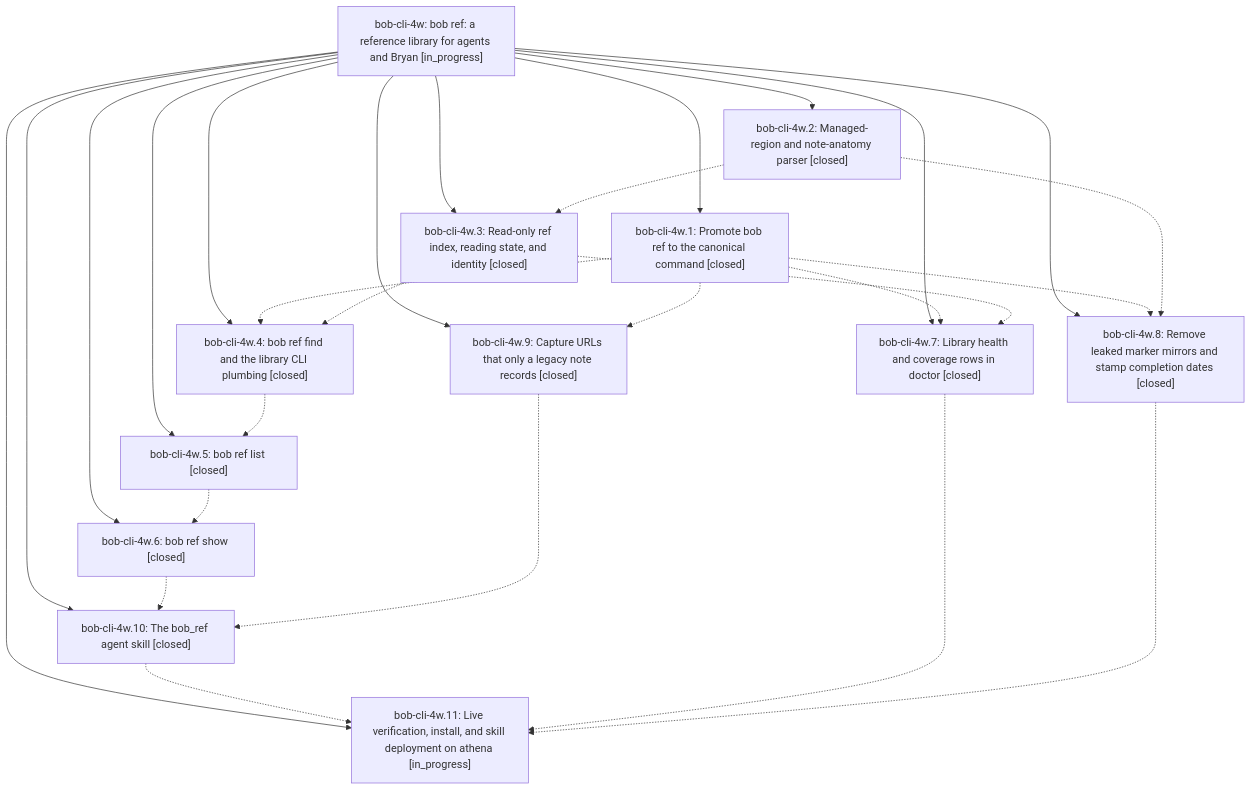
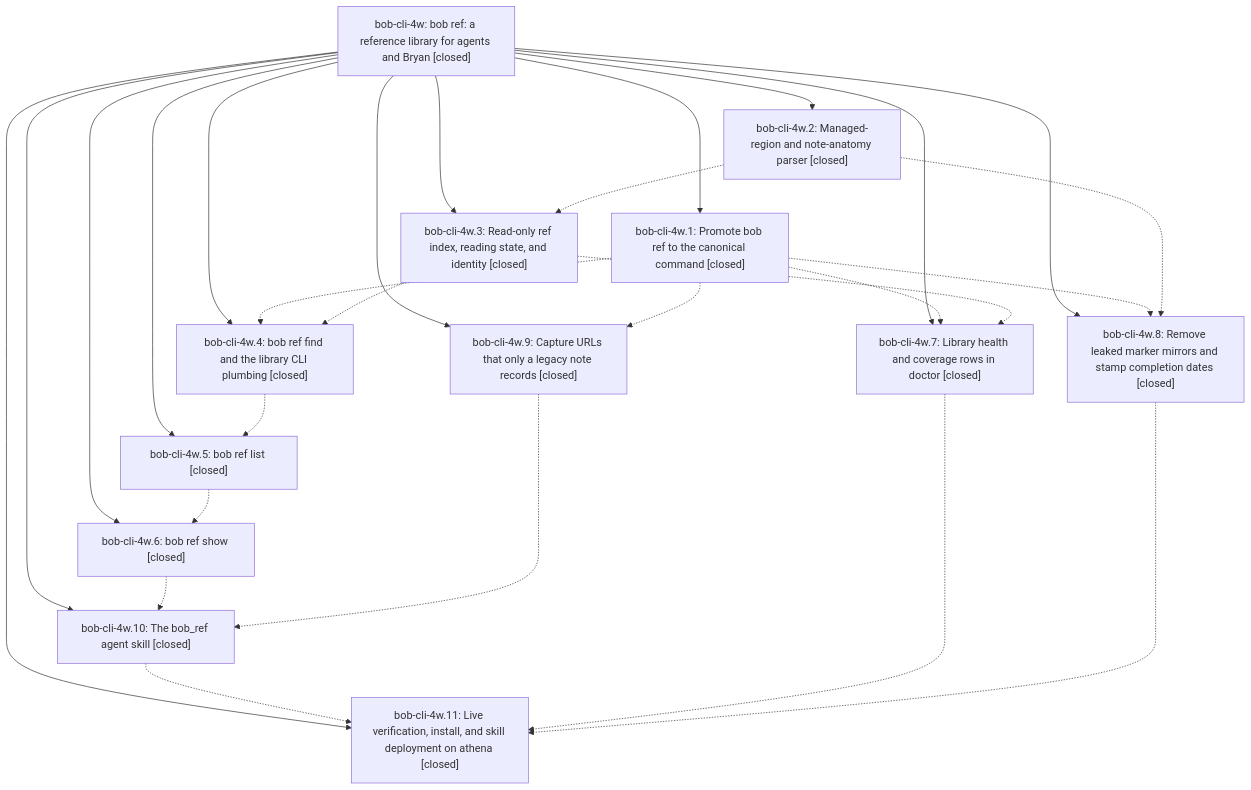
Before and after one commit to bobs-org/bob-cli--beads: the diagram in pages/bob-cli-4w/README.md, drawn with Mermaid. The commit also changed other lines of this file and 4 other files, not shown here.

First line of the commit message:
chore(beads): sync bead state and pages for bob-cli-4w

````diff
--- a/pages/bob-cli-4w/README.md
+++ b/pages/bob-cli-4w/README.md
@@ -32,41 +38,41 @@
 ```mermaid
 flowchart TD
-    n0["bob-cli-4w: bob ref: a reference library for agents and Bryan [in_progress]"]
+    n0["bob-cli-4w: bob ref: a reference library for agents and Bryan [closed]"]
     n1["bob-cli-4w.1: Promote bob ref to the canonical command [closed]"]
     n2["bob-cli-4w.10: The bob_ref agent skill [closed]"]
-    n3["bob-cli-4w.11: Live verification, install, and skill deployment on athena [in_progress]"]
+    n3["bob-cli-4w.11: Live verification, install, and skill deployment on athena [closed]"]
     n4["bob-cli-4w.2: Managed-region and note-anatomy parser [closed]"]
     n5["bob-cli-4w.3: Read-only ref index, reading state, and identity [closed]"]
     n6["bob-cli-4w.4: bob ref find and the library CLI plumbing [closed]"]
     n7["bob-cli-4w.5: bob ref list [closed]"]
     n8["bob-cli-4w.6: bob ref show [closed]"]
     n9["bob-cli-4w.7: Library health and coverage rows in doctor [closed]"]
     n10["bob-cli-4w.8: Remove leaked marker mirrors and stamp completion dates [closed]"]
     n11["bob-cli-4w.9: Capture URLs that only a legacy note records [closed]"]
     n0 --> n1
     n0 --> n2
     n0 --> n3
     n0 --> n4
     n0 --> n5
     n0 --> n6
     n0 --> n7
     n0 --> n8
     n0 --> n9
     n0 --> n10
     n0 --> n11
     n1 -.-> n6
     n1 -.-> n9
     n1 -.-> n10
     n1 -.-> n11
     n2 -.-> n3
     n4 -.-> n5
     n4 -.-> n10
     n5 -.-> n6
     n5 -.-> n9
     n6 -.-> n7
     n7 -.-> n8
     n8 -.-> n2
     n9 -.-> n3
     n10 -.-> n3
     n11 -.-> n2
 ```
````
